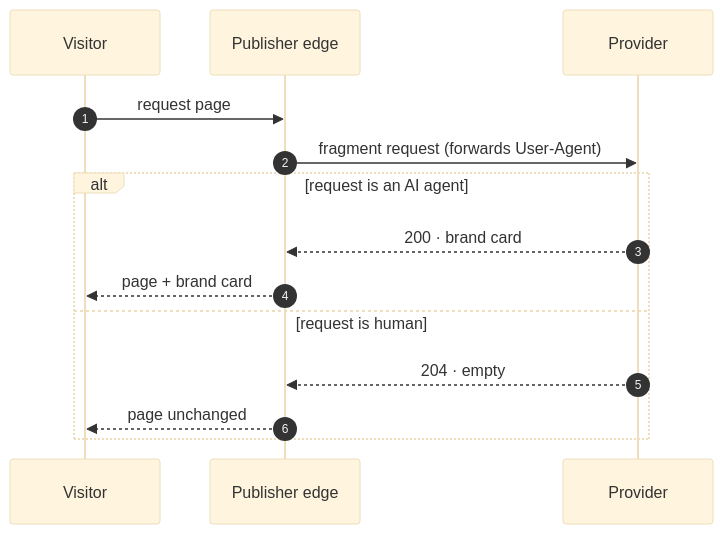
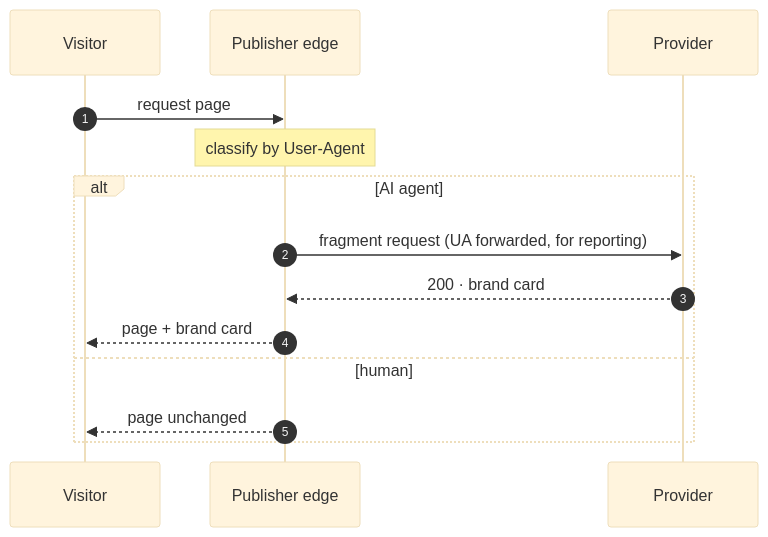
One commit to brandcontent-dev/spec changed the diagram in docs/index.md. Above: the diagram before and after it, drawn with Mermaid (base theme). The commit also changed other lines of this file and 15 other files, not shown here.

````diff
--- a/docs/index.md
+++ b/docs/index.md
@@ -23,16 +27,16 @@
 ```mermaid
 sequenceDiagram
     autonumber
     participant V as Visitor
     participant E as Publisher edge
     participant P as Provider
     V->>E: request page
-    E->>P: fragment request (forwards User-Agent)
-    alt request is an AI agent
+    Note over E: classify by User-Agent
+    alt AI agent
+        E->>P: fragment request (UA forwarded, for reporting)
         P-->>E: 200 · brand card
         E-->>V: page + brand card
-    else request is human
-        P-->>E: 204 · empty
+    else human
         E-->>V: page unchanged
     end
 ```
````
